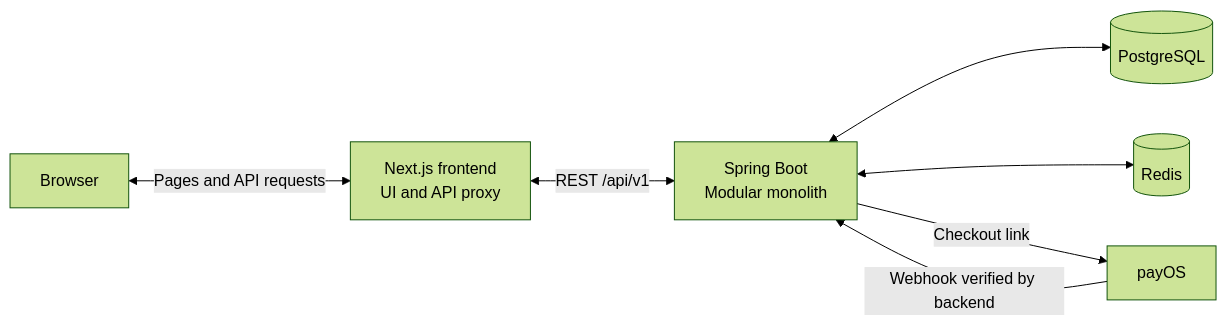
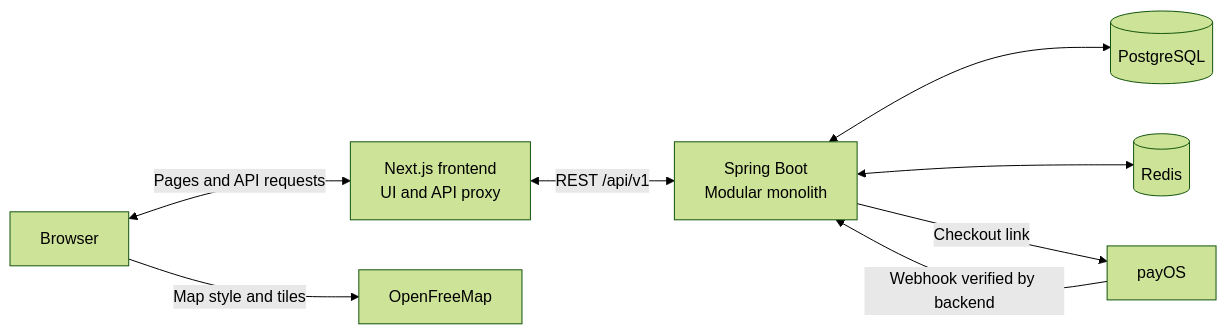
The diagram in README.md (thannthai/flight-booking-system), drawn with Mermaid (forest theme) before and after one commit. The commit also changed other lines of this file and 4 other files, not shown here.

````diff
--- a/README.md
+++ b/README.md
@@ -53,16 +53,18 @@
 ```mermaid
 flowchart LR
     Browser["Browser"]
     Frontend["Next.js frontend<br/>UI and API proxy"]
     Backend["Spring Boot<br/>Modular monolith"]
     DB[(PostgreSQL)]
     Redis[(Redis)]
     PayOS["payOS"]
+    OpenFreeMap["OpenFreeMap"]
 
     Browser <-->|Pages and API requests| Frontend
     Frontend <-->|REST /api/v1| Backend
     Backend <--> DB
     Backend <--> Redis
+    Browser -->|Map style and tiles| OpenFreeMap
     Backend -->|Checkout link| PayOS
     PayOS -->|Webhook verified by backend| Backend
 ```
````
